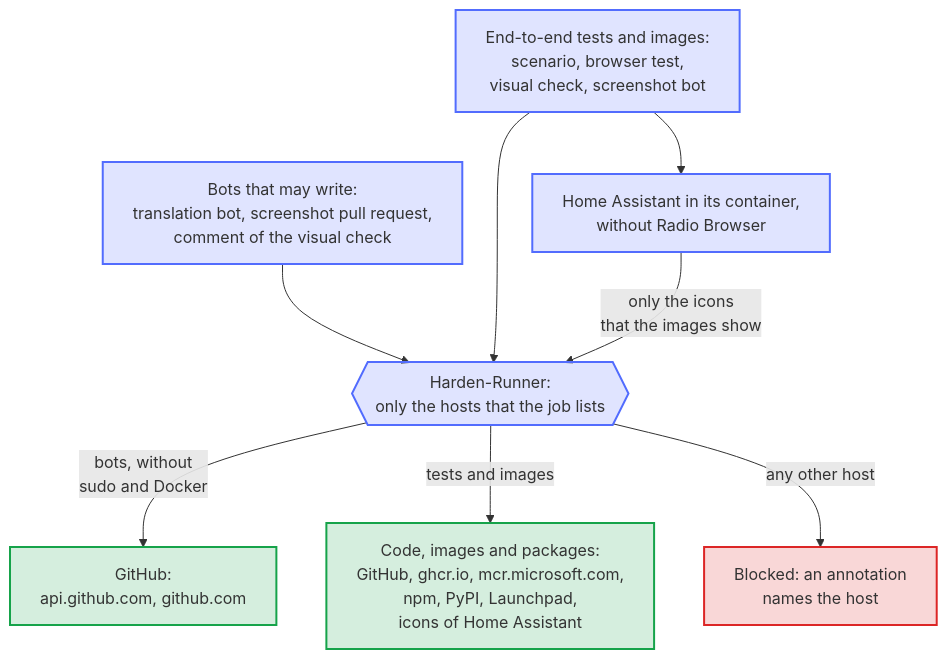
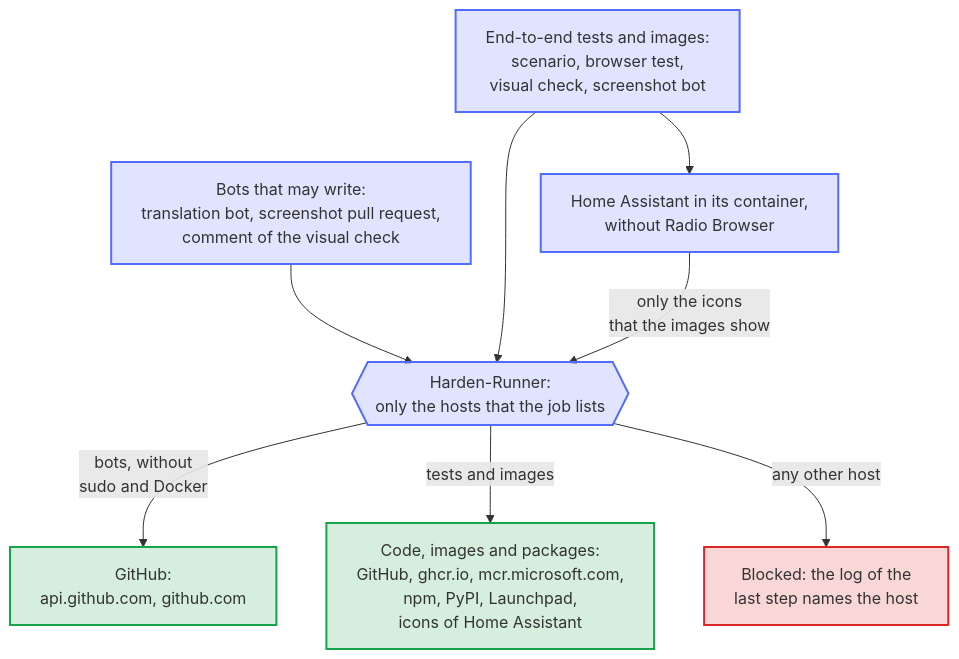
Before and after one commit to Dennis-Otto/ha-autodarts: the diagram in docs/diagrams/job-network.en.mmd, drawn with Mermaid. The commit also changed 9 other files, not shown here.

First line of the commit message:
docs: say where a blocked host shows up, and why the gate warns

```diff
--- a/docs/diagrams/job-network.en.mmd
+++ b/docs/diagrams/job-network.en.mmd
@@ -1,24 +1,24 @@
 ---
 config:
   flowchart:
     wrappingWidth: 400
 ---
 flowchart TB
   accTitle: Which hosts the jobs reach
-  accDescr: Harden-Runner, the first step of every job of the project's own workflows, lets a job reach only the hosts it lists. The bots that may write, the translation bot, the pull request of the screenshot bot and the comment of the visual check, reach GitHub alone and run without sudo and Docker. The end-to-end tests and the images reach the code, the images of Home Assistant and Playwright and their packages. The Home Assistant they start has no Radio Browser and calls nothing on the internet, apart from the icons that the images show. Every other host is blocked, and an annotation names it.
+  accDescr: Harden-Runner, the first step of every job of the project's own workflows, lets a job reach only the hosts it lists. The bots that may write, the translation bot, the pull request of the screenshot bot and the comment of the visual check, reach GitHub alone and run without sudo and Docker. The end-to-end tests and the images reach the code, the images of Home Assistant and Playwright and their packages. The Home Assistant they start has no Radio Browser and calls nothing on the internet, apart from the icons that the images show. Every other host is blocked, and the log of the job's last step names it.
 
   BOTS["Bots that may write:<br/>translation bot, screenshot pull request,<br/>comment of the visual check"] --> HR
   TESTS["End-to-end tests and images:<br/>scenario, browser test,<br/>visual check, screenshot bot"] --> HR
   TESTS --> HA["Home Assistant in its container,<br/>without Radio Browser"]
   HA -- "only the icons<br/>that the images show" --> HR
   HR{{"Harden-Runner:<br/>only the hosts that the job lists"}}
   HR -- "bots, without<br/>sudo and Docker" --> GITHUB["GitHub:<br/>api.github.com, github.com"]
   HR -- "tests and images" --> PACKAGES["Code, images and packages:<br/>GitHub, ghcr.io, mcr.microsoft.com,<br/>npm, PyPI, Launchpad,<br/>icons of Home Assistant"]
-  HR -- "any other host" --> BLOCKED["Blocked: an annotation<br/>names the host"]
+  HR -- "any other host" --> BLOCKED["Blocked: the log of the<br/>last step names the host"]
 
   classDef bot fill:#526cfe2e,stroke:#526cfe,stroke-width:2px
   classDef done fill:#16a34a2e,stroke:#16a34a,stroke-width:2px
   classDef failed fill:#dc26262e,stroke:#dc2626,stroke-width:2px
   class BOTS,TESTS,HA,HR bot
   class GITHUB,PACKAGES done
   class BLOCKED failed
```
